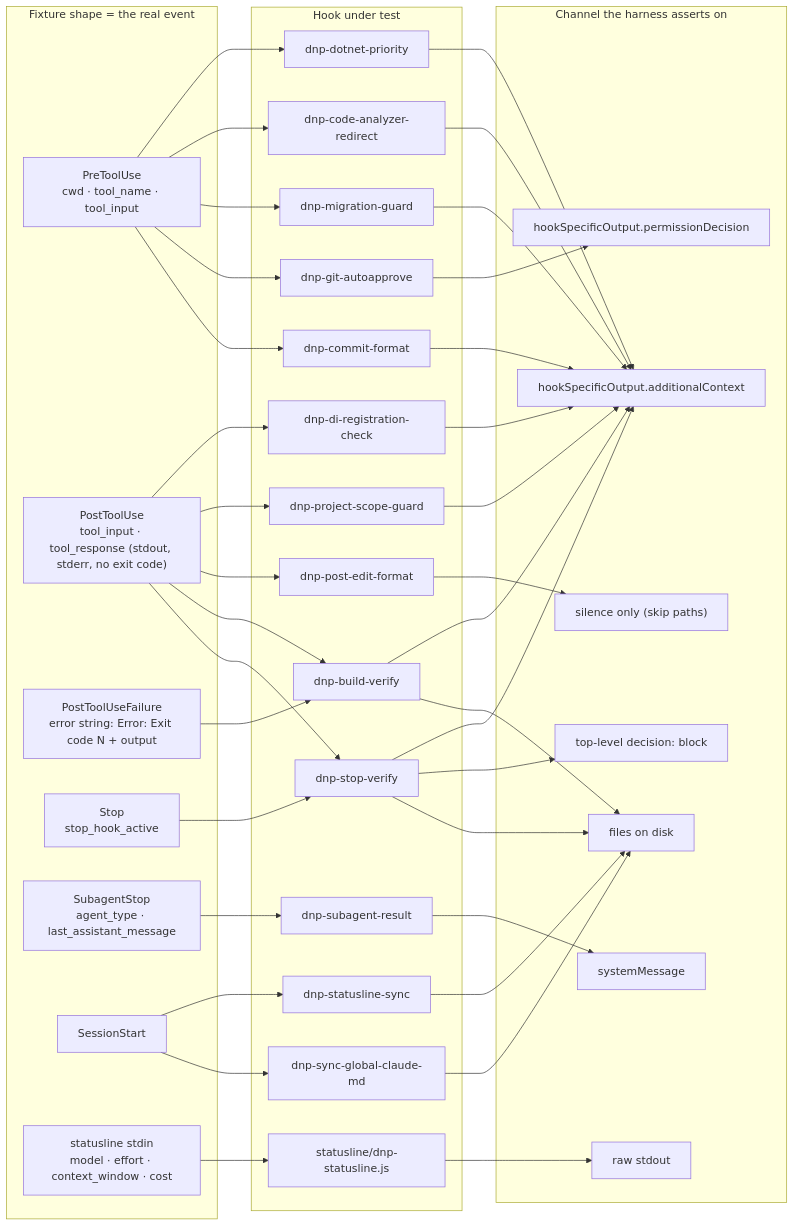
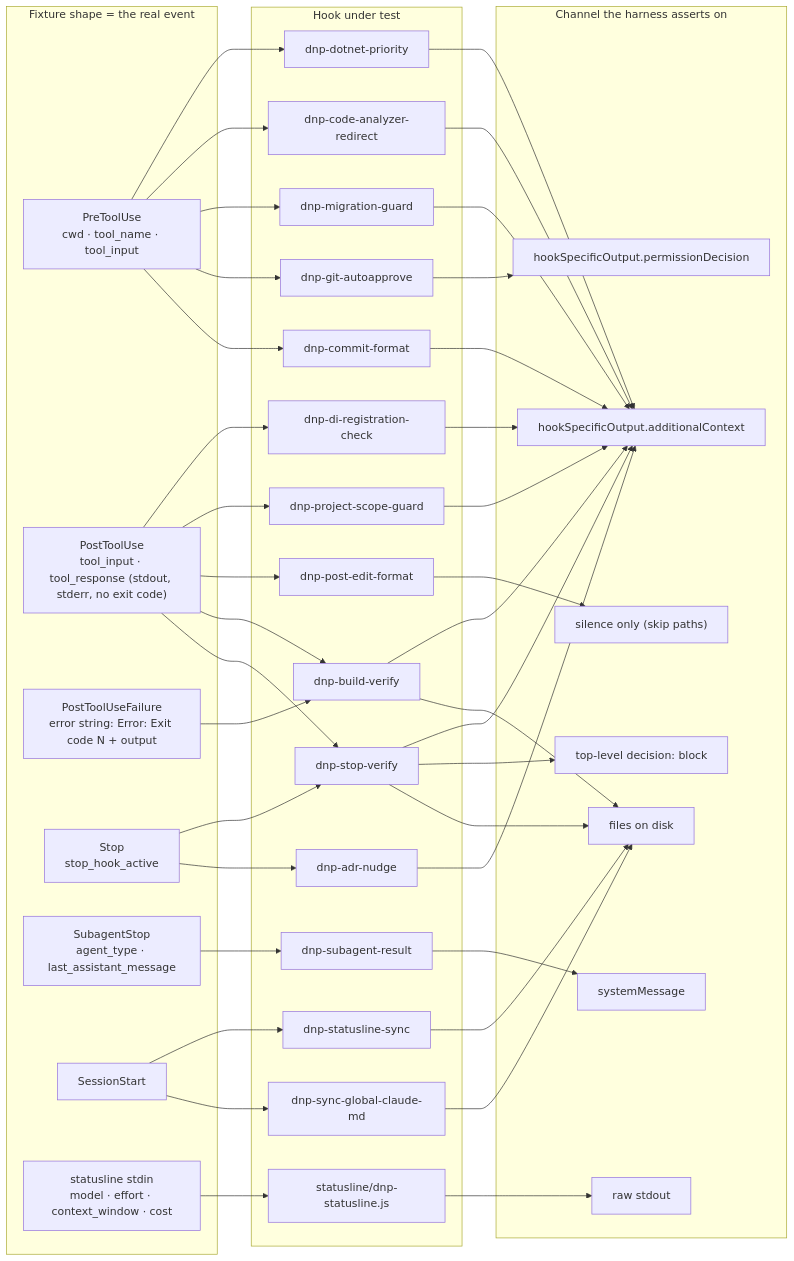
The second of 2 diagrams in hooks/__tests__/README.md (zdanovichnick/dotnet-pilot), drawn with Mermaid before and after one commit. The commit also changed other lines of this file and 14 other files, not shown here.

Commit message:
feat(hooks): add dnp-adr-nudge and ADR rule, narrow routing text; bump to 3.11.0

````diff
--- a/hooks/__tests__/README.md
+++ b/hooks/__tests__/README.md
@@ -85,56 +86,58 @@
 ```mermaid
 flowchart LR
     subgraph events["Fixture shape = the real event"]
         pre["PreToolUse<br/>cwd · tool_name · tool_input"]
         post["PostToolUse<br/>tool_input · tool_response (stdout, stderr, no exit code)"]
         postf["PostToolUseFailure<br/>error string: Error: Exit code N + output"]
         stopE["Stop<br/>stop_hook_active"]
         sub["SubagentStop<br/>agent_type · last_assistant_message"]
         sess["SessionStart"]
         slin["statusline stdin<br/>model · effort · context_window · cost"]
     end
 
     subgraph hooks["Hook under test"]
         h_sync["dnp-sync-global-claude-md"]
         h_prio["dnp-dotnet-priority"]
         h_redir["dnp-code-analyzer-redirect"]
         h_mig["dnp-migration-guard"]
         h_git["dnp-git-autoapprove"]
         h_commit["dnp-commit-format"]
         h_di["dnp-di-registration-check"]
         h_scope["dnp-project-scope-guard"]
         h_fmt["dnp-post-edit-format"]
         h_build["dnp-build-verify"]
         h_stop["dnp-stop-verify"]
+        h_adr["dnp-adr-nudge"]
         h_sub["dnp-subagent-result"]
         h_slsync["dnp-statusline-sync"]
         h_sl["statusline/dnp-statusline.js"]
     end
 
     subgraph out["Channel the harness asserts on"]
         o_ctx["hookSpecificOutput.additionalContext"]
         o_perm["hookSpecificOutput.permissionDecision"]
         o_dec["top-level decision: block"]
         o_sys["systemMessage"]
         o_files["files on disk"]
         o_raw["raw stdout"]
         o_silent["silence only (skip paths)"]
     end
 
     pre --> h_prio & h_redir & h_mig & h_git & h_commit
     post --> h_di & h_scope & h_fmt & h_build & h_stop
     postf --> h_build
-    stopE --> h_stop
+    stopE --> h_stop & h_adr
     sub --> h_sub
     sess --> h_slsync & h_sync
     slin --> h_sl
 
     h_prio & h_redir & h_mig & h_commit & h_di & h_scope --> o_ctx
     h_git --> o_perm
     h_build --> o_ctx & o_files
     h_stop --> o_ctx & o_dec & o_files
+    h_adr --> o_ctx
     h_sub --> o_sys
     h_sync & h_slsync --> o_files
     h_sl --> o_raw
     h_fmt --> o_silent
 ```
````
